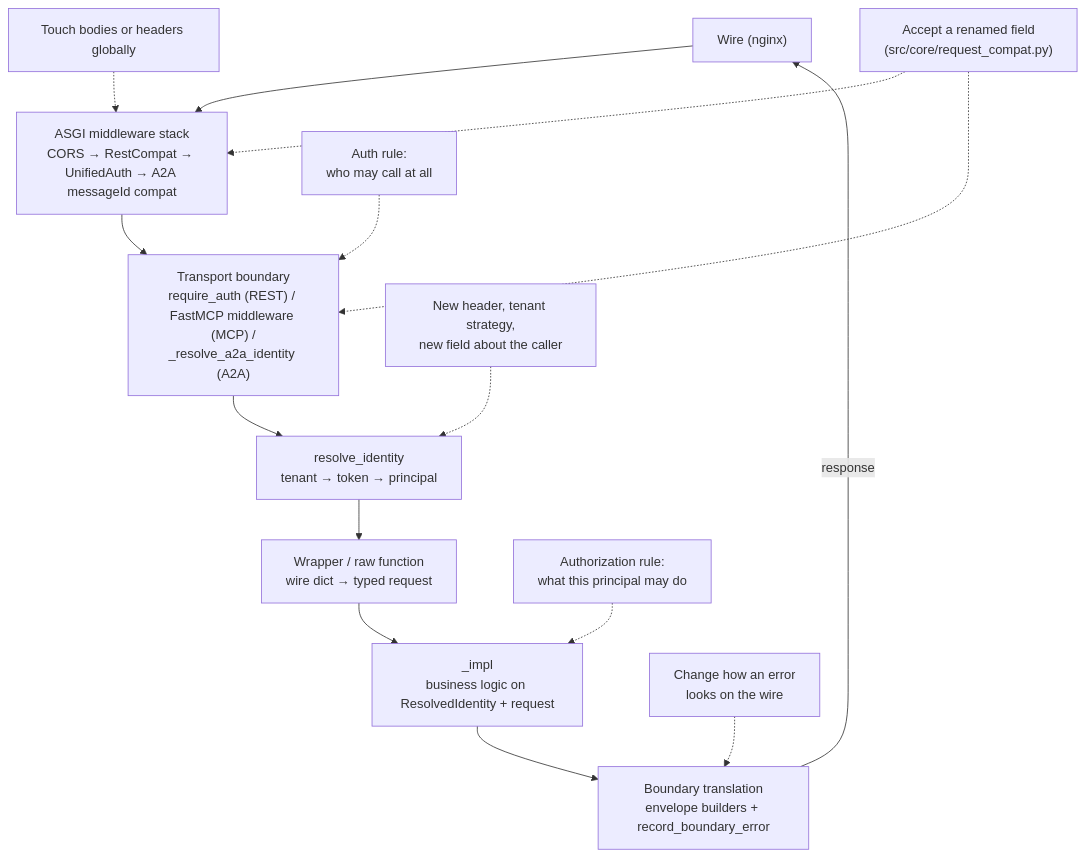
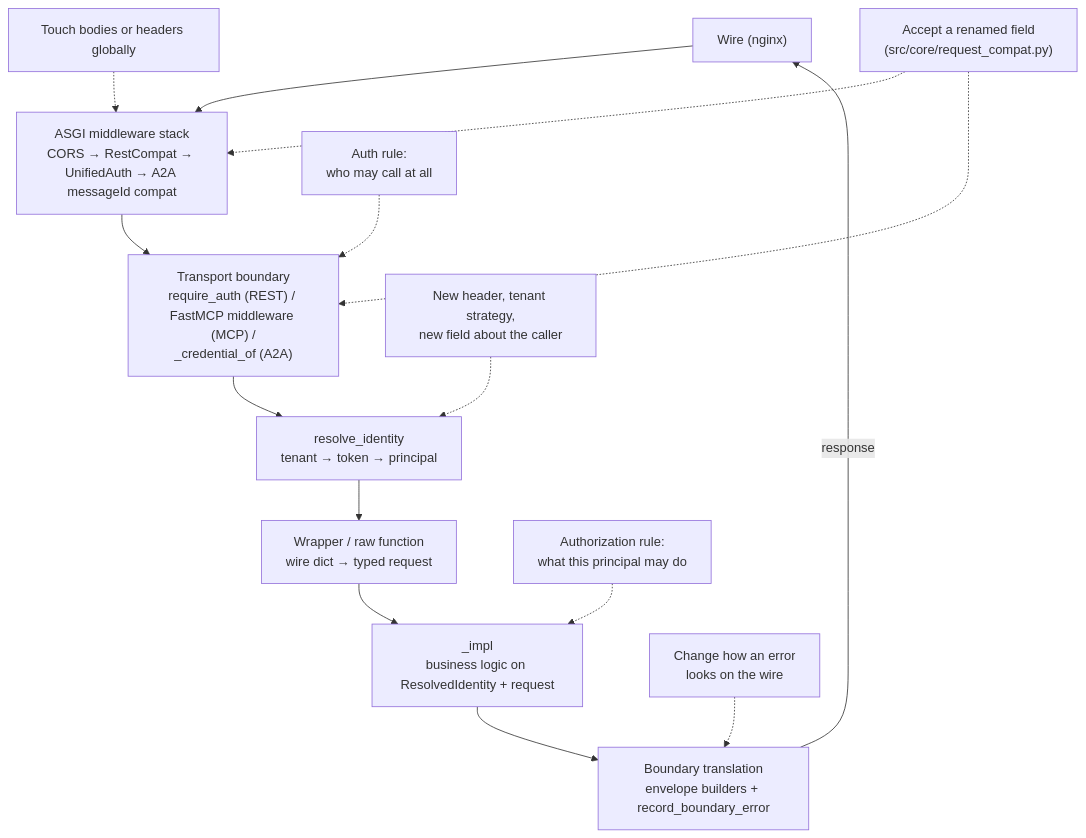
The fourth of 4 diagrams in docs/development/request-lifecycle.md (KonstantinMirin/prebid-salesagent), drawn with Mermaid before and after one commit. The commit also changed other lines of this file and 44 other files, not shown here.

````diff
--- a/docs/development/request-lifecycle.md
+++ b/docs/development/request-lifecycle.md
@@ -368,18 +371,18 @@
 ```mermaid
 flowchart TD
     wire["Wire (nginx)"] --> mw["ASGI middleware stack\nCORS → RestCompat → UnifiedAuth → A2A messageId compat"]
-    mw --> boundary["Transport boundary\nrequire_auth (REST) / FastMCP middleware (MCP) /\n_resolve_a2a_identity (A2A)"]
+    mw --> boundary["Transport boundary\nrequire_auth (REST) / FastMCP middleware (MCP) /\n_credential_of (A2A)"]
     boundary --> ident["resolve_identity\ntenant → token → principal"]
     ident --> wrapper["Wrapper / raw function\nwire dict → typed request"]
     wrapper --> impl["_impl\nbusiness logic on ResolvedIdentity + request"]
     impl --> out["Boundary translation\nenvelope builders + record_boundary_error"]
     out -->|"response"| wire
 
     i1["Touch bodies or headers globally"] -.-> mw
     i2["Accept a renamed field\n(src/core/request_compat.py)"] -.-> mw
     i2 -.-> boundary
     i3["Auth rule:\nwho may call at all"] -.-> boundary
     i4["New header, tenant strategy,\nnew field about the caller"] -.-> ident
     i5["Authorization rule:\nwhat this principal may do"] -.-> impl
     i6["Change how an error\nlooks on the wire"] -.-> out
 ```
````
